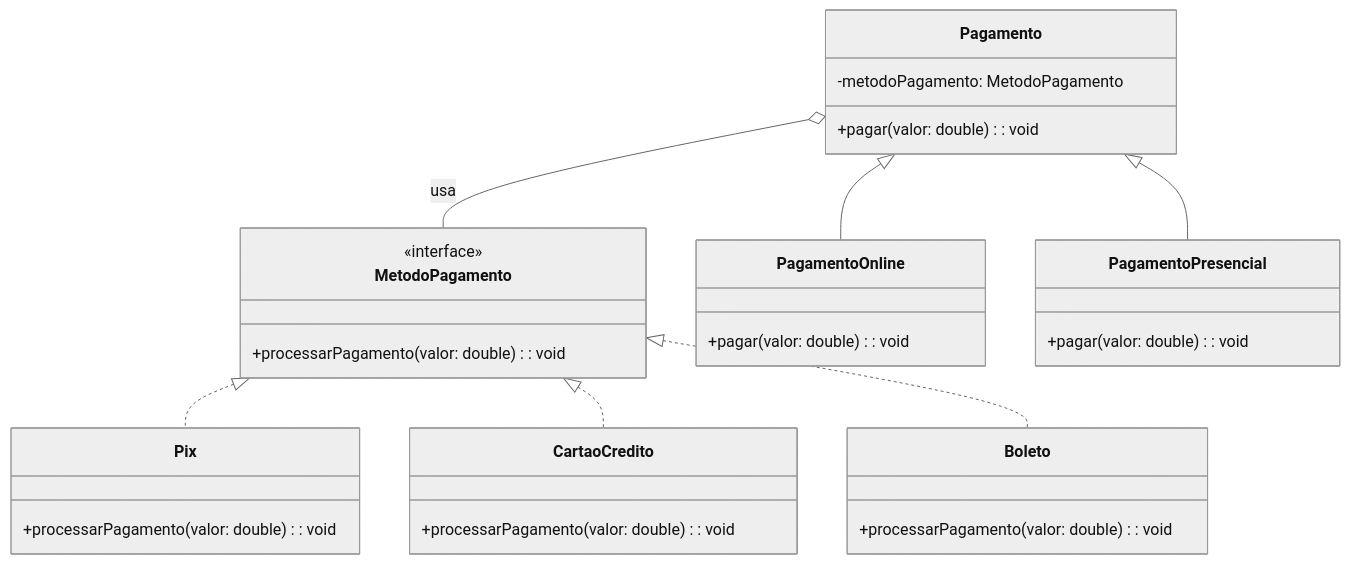
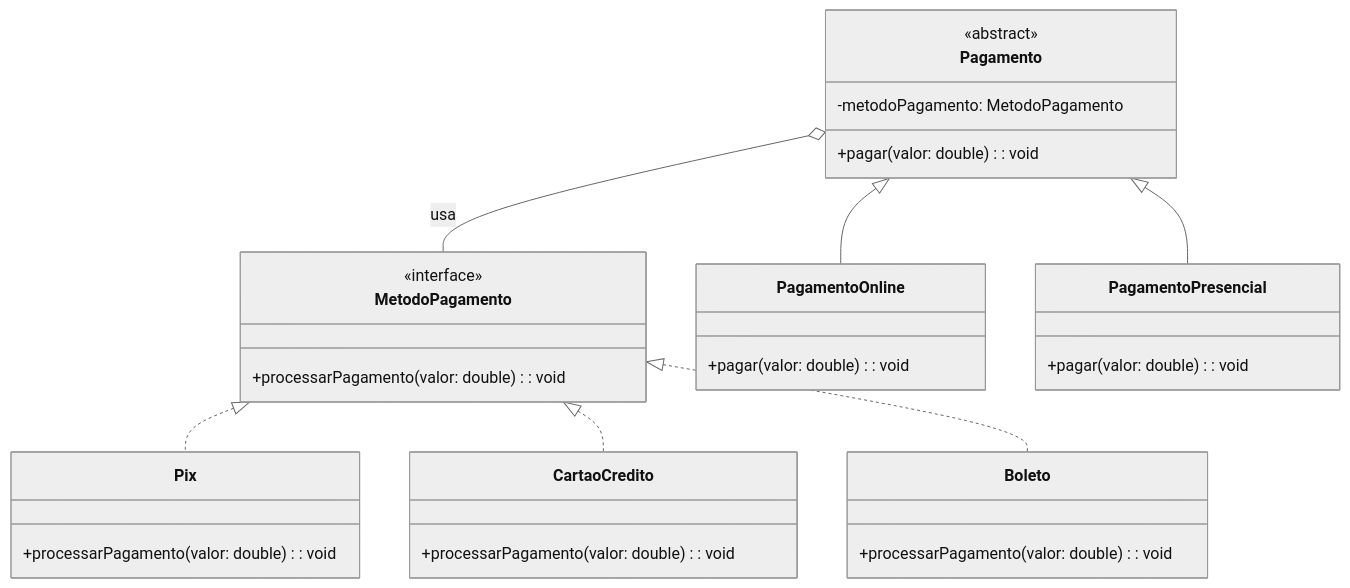
Before and after one commit to 20242-ifba-saj-ads-ppr/seminario-ppr-estrutural-bridge-prototype: the second of 2 diagrams in readme.md, drawn with Mermaid (neutral theme). The commit also changed other lines of this file, not shown here.

````diff
--- a/readme.md
+++ b/readme.md
@@ -63,39 +89,40 @@
 ```mermaid
 classDiagram
     class MetodoPagamento {
         <<interface>>
         +processarPagamento(valor: double): void
     }
 
     class Pix {
         +processarPagamento(valor: double): void
     }
     class CartaoCredito {
         +processarPagamento(valor: double): void
     }
     class Boleto {
         +processarPagamento(valor: double): void
     }
 
     class Pagamento {
+        <<abstract>>
         -metodoPagamento: MetodoPagamento
         +pagar(valor: double): void
     }
 
     class PagamentoOnline {
         +pagar(valor: double): void
     }
 
     class PagamentoPresencial {
         +pagar(valor: double): void
     }
 
     MetodoPagamento <|.. Pix
     MetodoPagamento <|.. CartaoCredito
     MetodoPagamento <|.. Boleto
 
     Pagamento <|-- PagamentoOnline
     Pagamento <|-- PagamentoPresencial
 
     Pagamento o-- MetodoPagamento : usa
 ```
````
